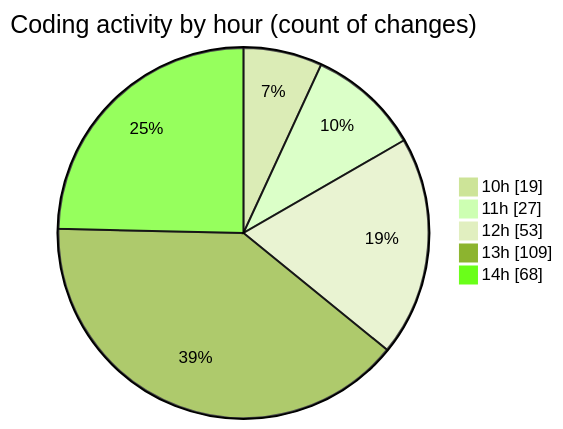
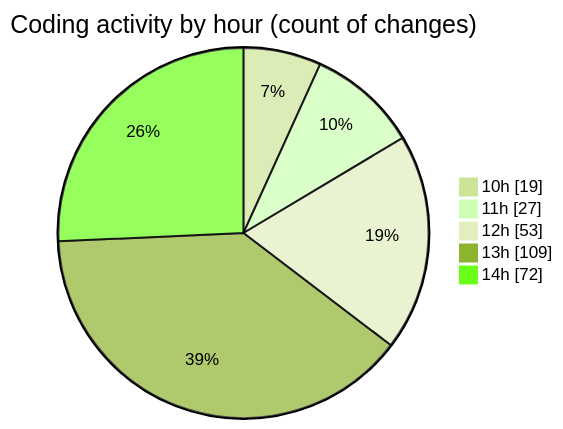
Before and after one commit to momahboobian/code-tracking: the second of 2 diagrams in 2025-03-18/cda/README.md, drawn with Mermaid (forest theme). The commit also changed other lines of this file and 1 other file, not shown here.

````diff
--- a/2025-03-18/cda/README.md
+++ b/2025-03-18/cda/README.md
@@ -42,9 +42,9 @@
 ```mermaid
 pie showData
 title Coding activity by hour (count of changes)
 "10h" : 19
 "11h" : 27
 "12h" : 53
 "13h" : 109
-"14h" : 68
+"14h" : 72
 ```
````
